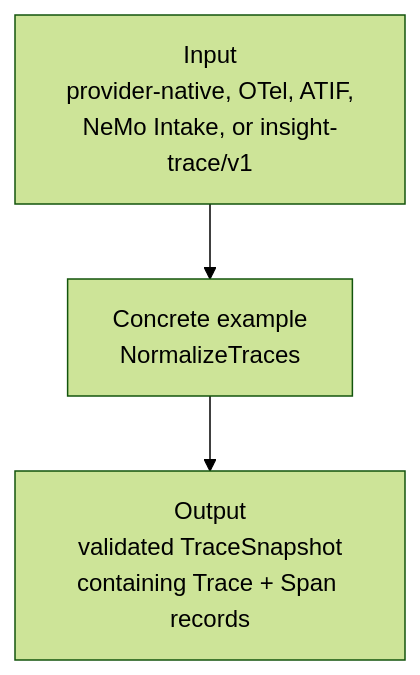
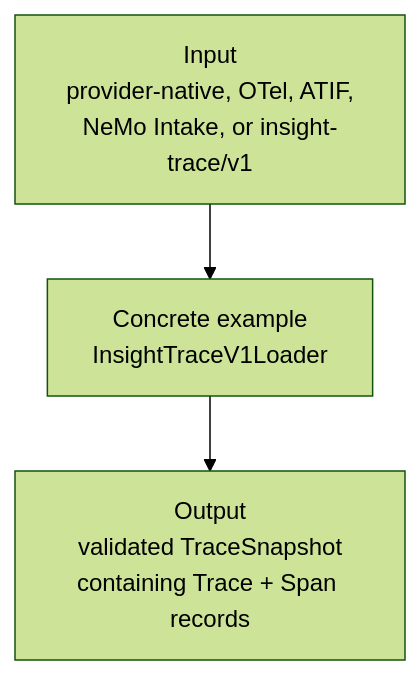
The second of 4 diagrams in docs/pipeline-architecture.md (NVIDIA-NeMo/labs-trace-intel), drawn with Mermaid (forest theme) before and after one commit. The commit also changed other lines of this file and 6 other files, not shown here.

Commit message:
docs: document trace loader architecture

````diff
--- a/docs/pipeline-architecture.md
+++ b/docs/pipeline-architecture.md
@@ -40,7 +41,7 @@
 ```mermaid
 flowchart TB
     input["Input<br/>provider-native, OTel, ATIF,<br/>NeMo Intake, or insight-trace/v1"]
-    normalize["Concrete example<br/>NormalizeTraces"]
+    normalize["Concrete example<br/>InsightTraceV1Loader"]
     output["Output<br/>validated TraceSnapshot<br/>containing Trace + Span records"]
     input --> normalize --> output
 ```
````
